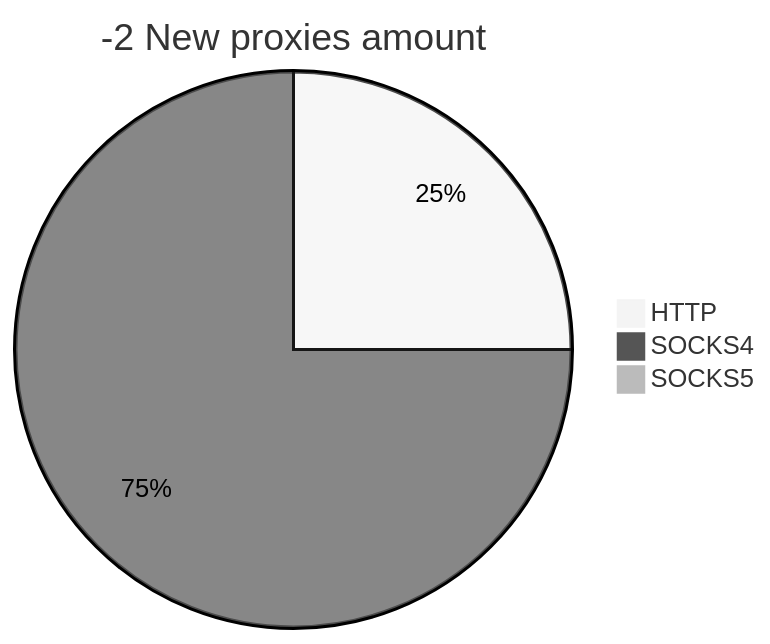
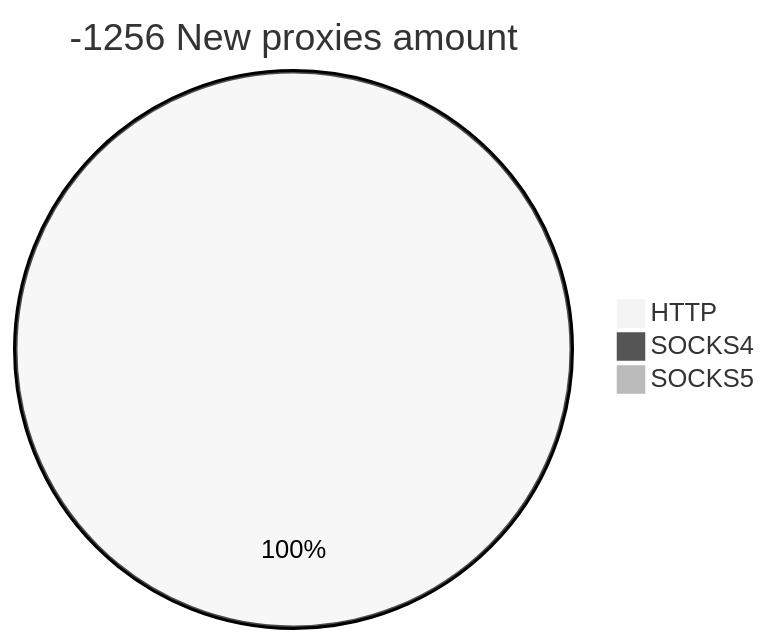
Before and after one commit to cutipu/proxylist: the second of 2 diagrams in README.md, drawn with Mermaid (neutral theme). The commit also changed other lines of this file, not shown here.

````diff
--- a/README.md
+++ b/README.md
@@ -10,6 +10,6 @@
 ```mermaid
-pie title -2 New proxies amount
-    "HTTP" : 1
-    "SOCKS4" : 3
+pie title -1256 New proxies amount
+    "HTTP" : 31
+    "SOCKS4" : 0
     "SOCKS5" : 0
 ```
````
